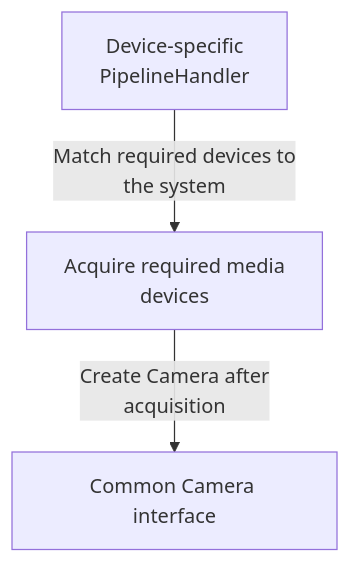
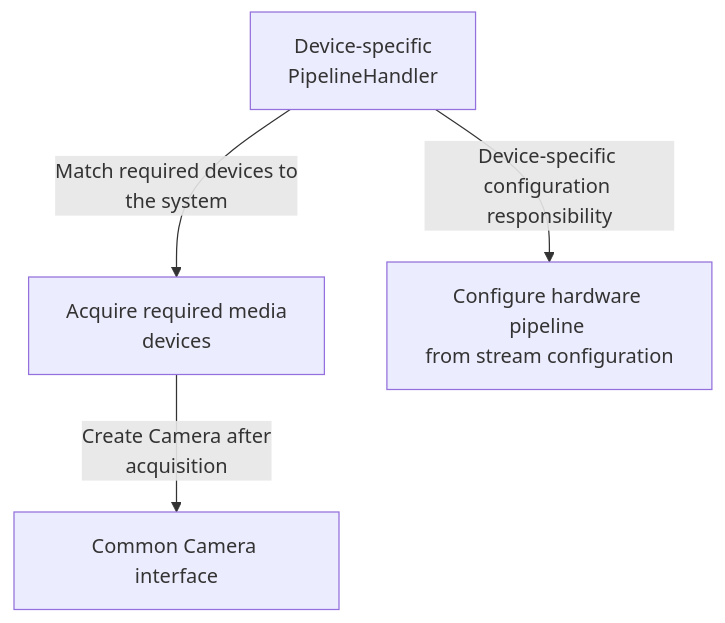
The diagram in docs/en/vendor-overview.hardware-boundary.mmd (TTolsun/libcamera-sdd), drawn with Mermaid before and after one commit. The commit also changed 79 other files, not shown here.

```diff
--- a/docs/en/vendor-overview.hardware-boundary.mmd
+++ b/docs/en/vendor-overview.hardware-boundary.mmd
@@ -1,7 +1,9 @@
 flowchart TB
 
   v_handler["Device-specific <br/>PipelineHandler"]
   v_media["Acquire required media <br/>devices"]
   v_camera["Common Camera interface"]
+  v_configure["Configure hardware pipeline <br/>from stream configuration"]
+  v_handler -->|"Device-specific <br/>configuration responsibility"| v_configure
   v_handler -->|"Match required devices to <br/>the system"| v_media
   v_media -->|"Create Camera after <br/>acquisition"| v_camera
```
